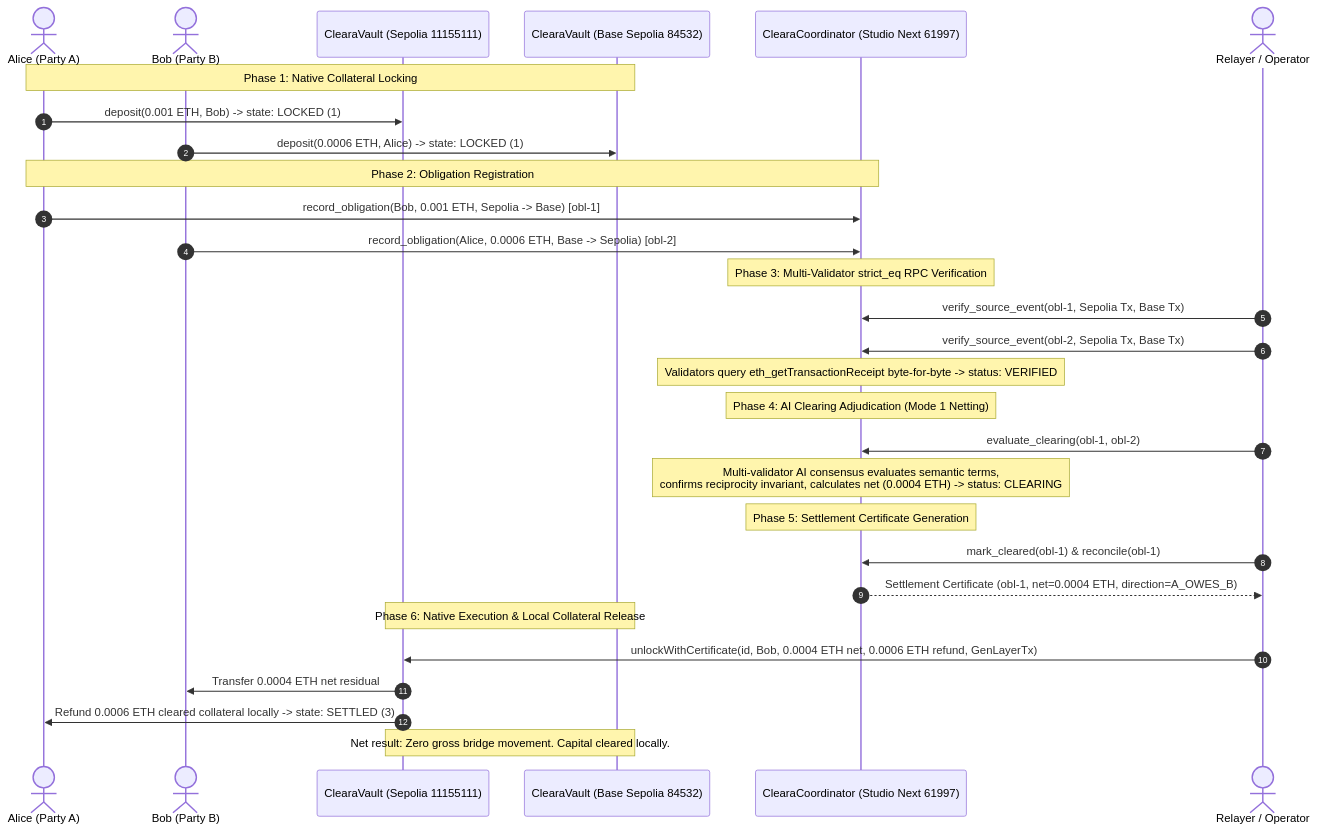
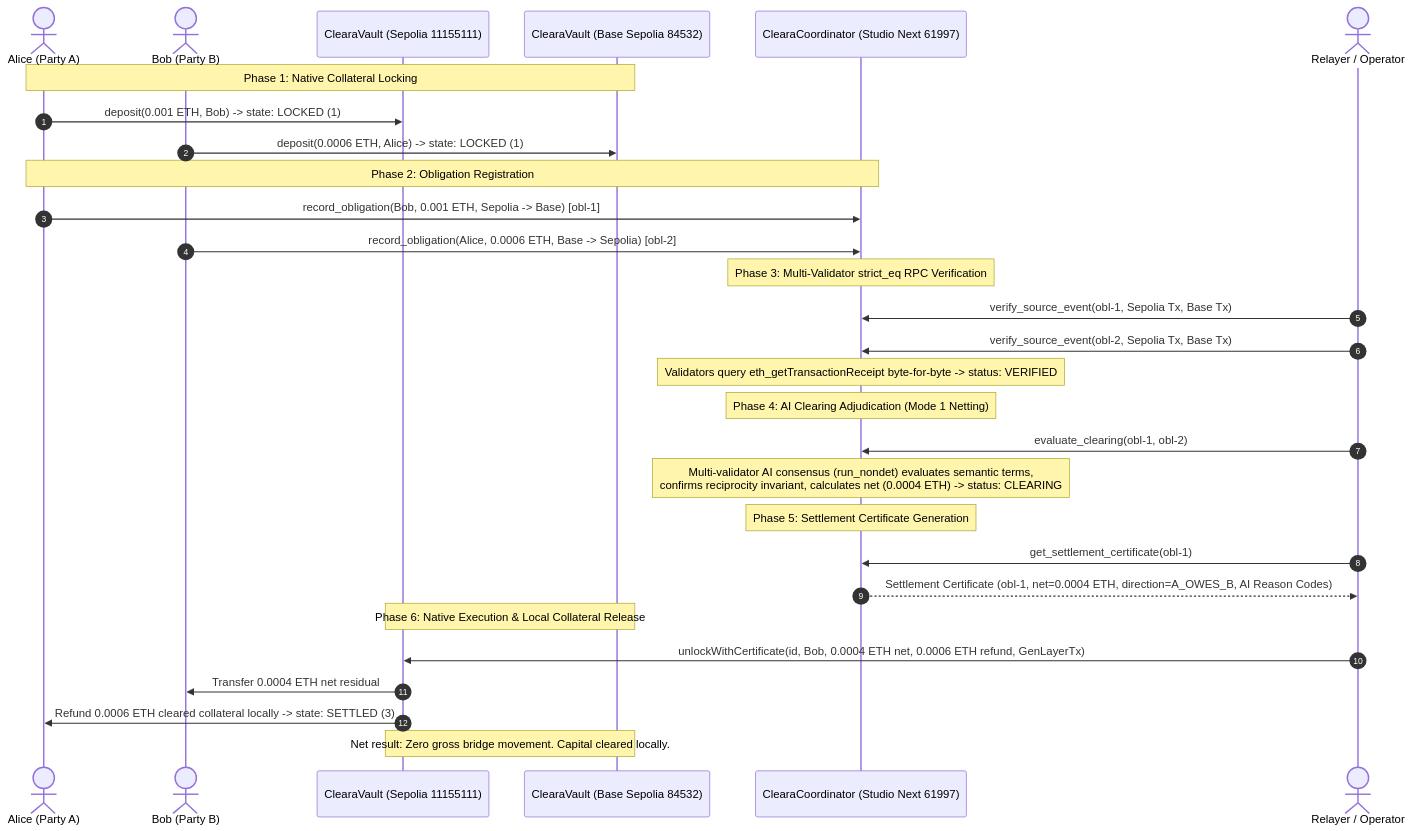
One commit to etvjay/ClearaOnGen changed the diagram in README.md. Above: the diagram before and after it, drawn with Mermaid. The commit also changed other lines of this file and 11 other files, not shown here.

````diff
--- a/README.md
+++ b/README.md
@@ -68,37 +68,37 @@
 ```mermaid
 sequenceDiagram
     autonumber
     actor Alice as Alice (Party A)
     actor Bob as Bob (Party B)
     participant SepVault as ClearaVault (Sepolia 11155111)
     participant BaseVault as ClearaVault (Base Sepolia 84532)
     participant GenLayer as ClearaCoordinator (Studio Next 61997)
     actor Relayer as Relayer / Operator
 
     Note over Alice,BaseVault: Phase 1: Native Collateral Locking
     Alice->>SepVault: deposit(0.001 ETH, Bob) -> state: LOCKED (1)
     Bob->>BaseVault: deposit(0.0006 ETH, Alice) -> state: LOCKED (1)
 
     Note over Alice,GenLayer: Phase 2: Obligation Registration
     Alice->>GenLayer: record_obligation(Bob, 0.001 ETH, Sepolia -> Base) [obl-1]
     Bob->>GenLayer: record_obligation(Alice, 0.0006 ETH, Base -> Sepolia) [obl-2]
 
     Note over GenLayer: Phase 3: Multi-Validator strict_eq RPC Verification
     Relayer->>GenLayer: verify_source_event(obl-1, Sepolia Tx, Base Tx)
     Relayer->>GenLayer: verify_source_event(obl-2, Sepolia Tx, Base Tx)
     Note over GenLayer: Validators query eth_getTransactionReceipt byte-for-byte -> status: VERIFIED
 
     Note over GenLayer: Phase 4: AI Clearing Adjudication (Mode 1 Netting)
     Relayer->>GenLayer: evaluate_clearing(obl-1, obl-2)
-    Note over GenLayer: Multi-validator AI consensus evaluates semantic terms,<br/>confirms reciprocity invariant, calculates net (0.0004 ETH) -> status: CLEARING
+    Note over GenLayer: Multi-validator AI consensus (run_nondet) evaluates semantic terms,<br/>confirms reciprocity invariant, calculates net (0.0004 ETH) -> status: CLEARING
 
     Note over GenLayer: Phase 5: Settlement Certificate Generation
-    Relayer->>GenLayer: mark_cleared(obl-1) & reconcile(obl-1)
-    GenLayer-->>Relayer: Settlement Certificate (obl-1, net=0.0004 ETH, direction=A_OWES_B)
+    Relayer->>GenLayer: get_settlement_certificate(obl-1)
+    GenLayer-->>Relayer: Settlement Certificate (obl-1, net=0.0004 ETH, direction=A_OWES_B, AI Reason Codes)
 
     Note over SepVault,BaseVault: Phase 6: Native Execution & Local Collateral Release
     Relayer->>SepVault: unlockWithCertificate(id, Bob, 0.0004 ETH net, 0.0006 ETH refund, GenLayerTx)
     SepVault->>Bob: Transfer 0.0004 ETH net residual
     SepVault->>Alice: Refund 0.0006 ETH cleared collateral locally -> state: SETTLED (3)
     Note over SepVault,BaseVault: Net result: Zero gross bridge movement. Capital cleared locally.
 ```
````
